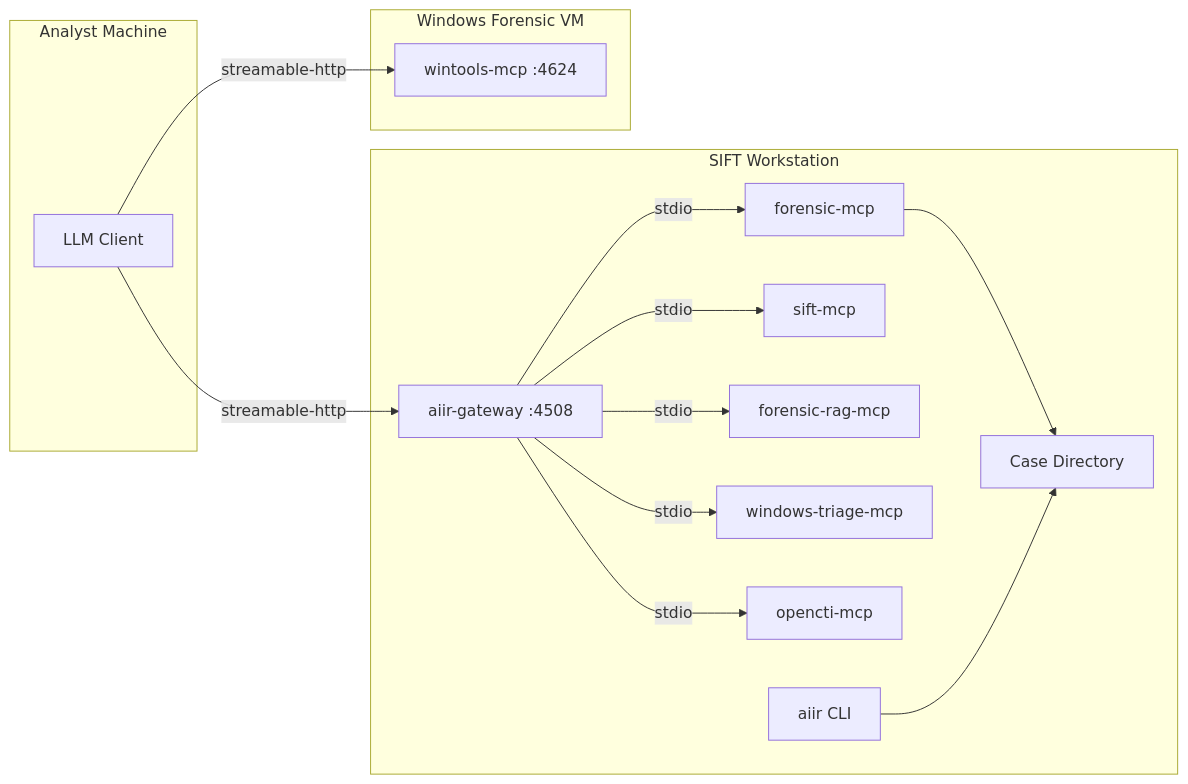
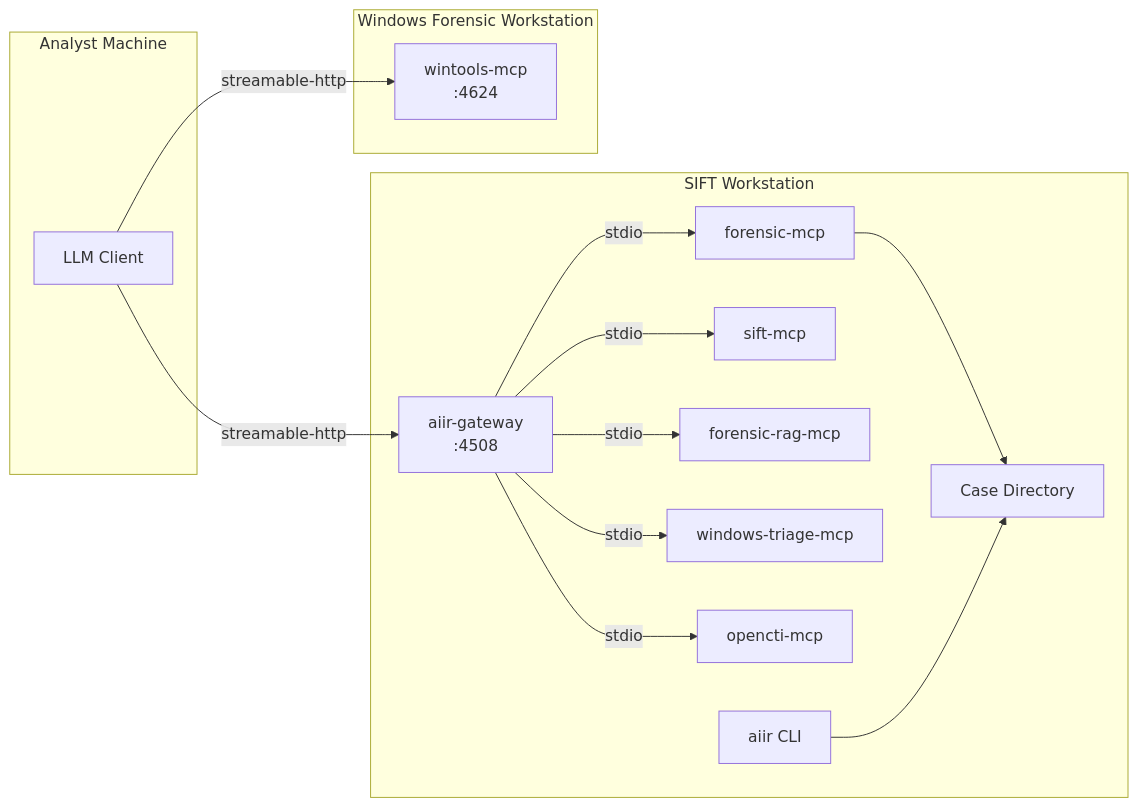
One commit to AppliedIR/aiir changed the third of 5 diagrams in README.md. Above: the diagram before and after it, drawn with Mermaid. The commit also changed other lines of this file and 1 other file, not shown here.

Commit message:
rewrite README and update ARCHITECTURE.md with cross-repo review fixes

````diff
--- a/README.md
+++ b/README.md
@@ -127,32 +125,32 @@
 ```mermaid
 graph LR
-    subgraph laptop ["Analyst Machine"]
+    subgraph analyst ["Analyst Machine"]
         CC["LLM Client"]
     end
 
     subgraph sift ["SIFT Workstation"]
-        GW["aiir-gateway :4508"]
+        GW["aiir-gateway<br/>:4508"]
         FM[forensic-mcp]
         SM[sift-mcp]
         FR[forensic-rag-mcp]
         WTR[windows-triage-mcp]
         OC[opencti-mcp]
         CASE[Case Directory]
         CLI[aiir CLI]
 
         GW -->|stdio| FM
         GW -->|stdio| SM
         GW -->|stdio| FR
         GW -->|stdio| WTR
         GW -->|stdio| OC
         FM --> CASE
         CLI --> CASE
     end
 
-    subgraph winvm ["Windows Forensic VM"]
-        WT["wintools-mcp :4624"]
+    subgraph winbox ["Windows Forensic Workstation"]
+        WT["wintools-mcp<br/>:4624"]
     end
 
     CC -->|"streamable-http"| GW
     CC -->|"streamable-http"| WT
 ```
````
